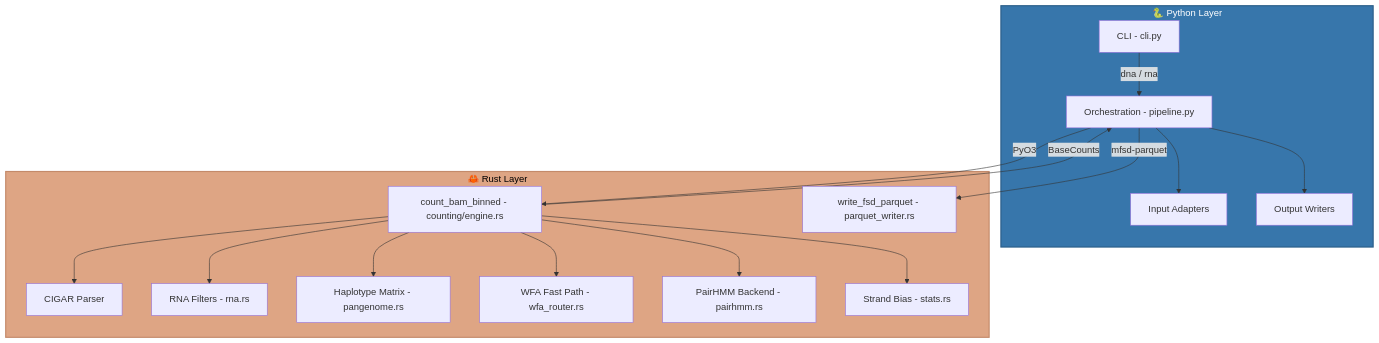
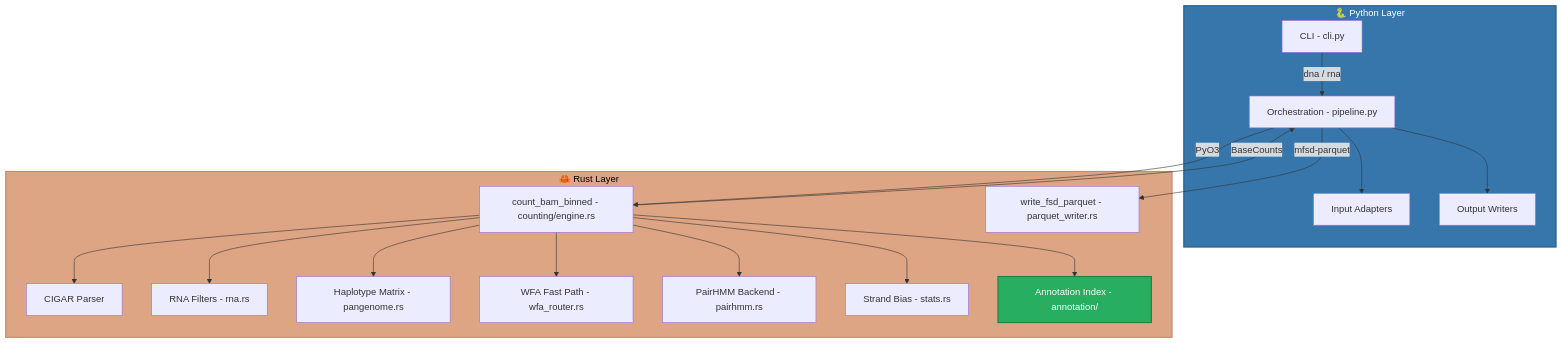
One commit to msk-access/gbcms changed the first of 7 diagrams in docs/reference/architecture.md. Above: the diagram before and after it, drawn with Mermaid. The commit also changed other lines of this file and 27 other files, not shown here.

````diff
--- a/docs/reference/architecture.md
+++ b/docs/reference/architecture.md
@@ -7,27 +7,29 @@
 ```mermaid
 flowchart TB
     subgraph Python [🐍 Python Layer]
         CLI[CLI - cli.py] -->|dna / rna| Pipeline[Orchestration - pipeline.py]
         Pipeline --> Reader[Input Adapters]
         Pipeline --> Writer[Output Writers]
     end
     
     subgraph Rust [🦀 Rust Layer]
         Counter[count_bam_binned - counting/engine.rs] --> CIGAR[CIGAR Parser]
         Counter --> RNA[RNA Filters - rna.rs]
         Counter --> Pangenome[Haplotype Matrix - pangenome.rs]
         Counter --> WFA[WFA Fast Path - wfa_router.rs]
         Counter --> PairHMM[PairHMM Backend - pairhmm.rs]
         Counter --> Stats[Strand Bias - stats.rs]
+        Counter --> Annot[Annotation Index - annotation/]:::annot
         ParquetWriter[write_fsd_parquet - parquet_writer.rs]
     end
     
     Pipeline -->|PyO3| Counter
     Counter -->|BaseCounts| Pipeline
     Pipeline -->|mfsd-parquet| ParquetWriter
     
     classDef pythonStyle fill:#3776ab,color:#fff,stroke:#2c5f8a,stroke-width:2px;
     classDef rustStyle fill:#dea584,color:#000,stroke:#c48a6a,stroke-width:2px;
+    classDef annot fill:#27ae60,color:#fff,stroke:#1e8449,stroke-width:2px;
     class Python pythonStyle;
     class Rust rustStyle;
 ```
````
